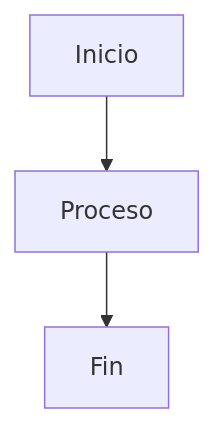
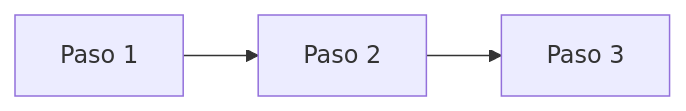
One commit to jtorfol0311/Prueba changed the diagram in README.md. Above: the diagram before and after it, drawn with Mermaid.

Commit message:
Update flowchart direction and labels in README

````diff
--- a/README.md
+++ b/README.md
@@ -10,5 +10,5 @@
 ```mermaid
-graph TD;
-    A[Inicio] --> B[Proceso];
-    B --> C[Fin];
+graph LR
+    A[Paso 1] --> B[Paso 2]
+    B --> C[Paso 3]
 ```
````
